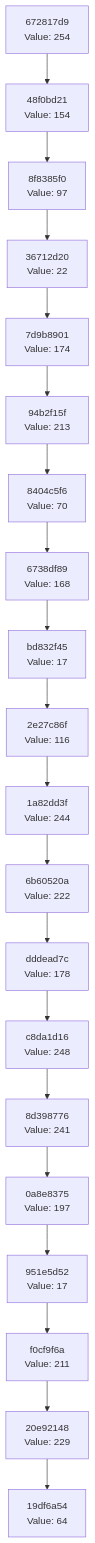
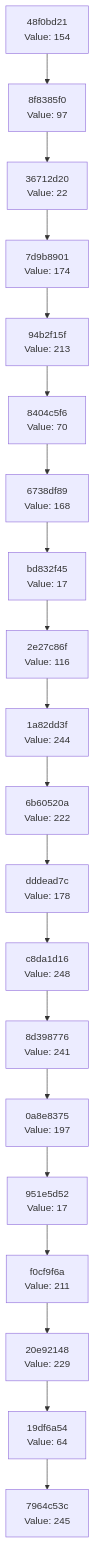
One commit to Abhisheksinha1506/hash-chain-evolver changed the diagram in docs/CHAIN_VISUALIZATION.md. Above: the diagram before and after it, drawn with Mermaid. The commit also changed 3 other files, not shown here.

````diff
--- a/docs/CHAIN_VISUALIZATION.md
+++ b/docs/CHAIN_VISUALIZATION.md
@@ -3,42 +3,42 @@
 ```mermaid
 graph TD
-    C0["19df6a54<br/>Value: 64"]
-    C1["20e92148<br/>Value: 229"]
+    C0["7964c53c<br/>Value: 245"]
+    C1["19df6a54<br/>Value: 64"]
     C1 --> C0
-    C2["f0cf9f6a<br/>Value: 211"]
+    C2["20e92148<br/>Value: 229"]
     C2 --> C1
-    C3["951e5d52<br/>Value: 17"]
+    C3["f0cf9f6a<br/>Value: 211"]
     C3 --> C2
-    C4["0a8e8375<br/>Value: 197"]
+    C4["951e5d52<br/>Value: 17"]
     C4 --> C3
-    C5["8d398776<br/>Value: 241"]
+    C5["0a8e8375<br/>Value: 197"]
     C5 --> C4
-    C6["c8da1d16<br/>Value: 248"]
+    C6["8d398776<br/>Value: 241"]
     C6 --> C5
-    C7["dddead7c<br/>Value: 178"]
+    C7["c8da1d16<br/>Value: 248"]
     C7 --> C6
-    C8["6b60520a<br/>Value: 222"]
+    C8["dddead7c<br/>Value: 178"]
     C8 --> C7
-    C9["1a82dd3f<br/>Value: 244"]
+    C9["6b60520a<br/>Value: 222"]
     C9 --> C8
-    C10["2e27c86f<br/>Value: 116"]
+    C10["1a82dd3f<br/>Value: 244"]
     C10 --> C9
-    C11["bd832f45<br/>Value: 17"]
+    C11["2e27c86f<br/>Value: 116"]
     C11 --> C10
-    C12["6738df89<br/>Value: 168"]
+    C12["bd832f45<br/>Value: 17"]
     C12 --> C11
-    C13["8404c5f6<br/>Value: 70"]
+    C13["6738df89<br/>Value: 168"]
     C13 --> C12
-    C14["94b2f15f<br/>Value: 213"]
+    C14["8404c5f6<br/>Value: 70"]
     C14 --> C13
-    C15["7d9b8901<br/>Value: 174"]
+    C15["94b2f15f<br/>Value: 213"]
     C15 --> C14
-    C16["36712d20<br/>Value: 22"]
+    C16["7d9b8901<br/>Value: 174"]
     C16 --> C15
-    C17["8f8385f0<br/>Value: 97"]
+    C17["36712d20<br/>Value: 22"]
     C17 --> C16
-    C18["48f0bd21<br/>Value: 154"]
+    C18["8f8385f0<br/>Value: 97"]
     C18 --> C17
-    C19["672817d9<br/>Value: 254"]
+    C19["48f0bd21<br/>Value: 154"]
     C19 --> C18
 ```
````
